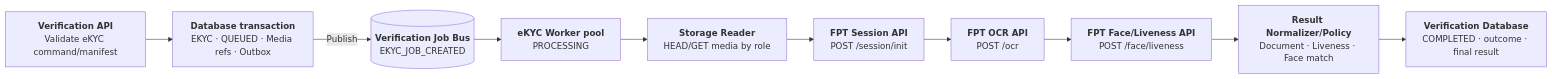
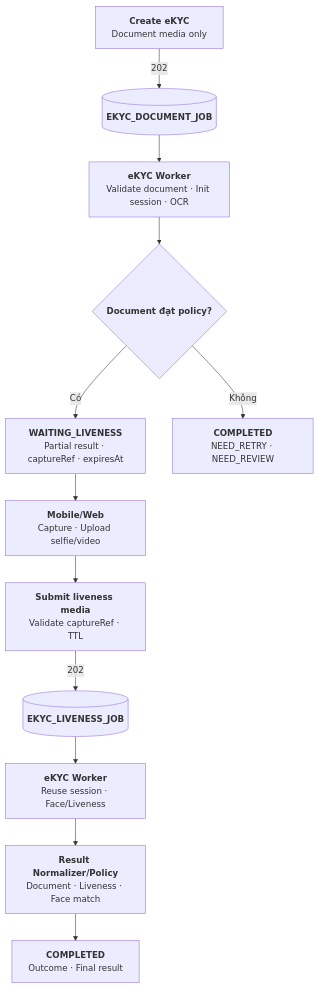
The sixth of 8 diagrams in noxh-ekyc.md (huynv-xyz/vhm), drawn with Mermaid before and after one commit. The commit also changed other lines of this file, not shown here.

````diff
--- a/noxh-ekyc.md
+++ b/noxh-ekyc.md
@@ -332,26 +336,30 @@
 ```mermaid
-flowchart LR
-    API["`**Verification API**
-Validate eKYC command/manifest`"]
-    ACCEPT["`**Database transaction**
-EKYC · QUEUED · Media refs · Outbox`"]
-    BUS[("`**Verification Job Bus**
-EKYC_JOB_CREATED`")]
-    WORKER["`**eKYC Worker pool**
-PROCESSING`"]
-    READ["`**Storage Reader**
-HEAD/GET media by role`"]
-    INIT["`**FPT Session API**
-POST /session/init`"]
-    OCR["`**FPT OCR API**
-POST /ocr`"]
-    LIVE["`**FPT Face/Liveness API**
-POST /face/liveness`"]
+flowchart TB
+    CREATE["`**Create eKYC**
+Document media only`"]
+    DOC_JOB[("`**EKYC_DOCUMENT_JOB**`")]
+    OCR_WORKER["`**eKYC Worker**
+Validate document · Init session · OCR`"]
+    DOC_CHECK{"`**Document đạt policy?**`"}
+    WAIT["`**WAITING_LIVENESS**
+Partial result · captureRef · expiresAt`"]
+    DOC_END["`**COMPLETED**
+NEED_RETRY · NEED_REVIEW`"]
+    CAPTURE["`**Mobile/Web**
+Capture · Upload selfie/video`"]
+    SUBMIT["`**Submit liveness media**
+Validate captureRef · TTL`"]
+    LIVE_JOB[("`**EKYC_LIVENESS_JOB**`")]
+    LIVE_WORKER["`**eKYC Worker**
+Reuse session · Face/Liveness`"]
     POLICY["`**Result Normalizer/Policy**
 Document · Liveness · Face match`"]
-    DONE["`**Verification Database**
-COMPLETED · outcome · final result`"]
+    DONE["`**COMPLETED**
+Outcome · Final result`"]
 
-    API --> ACCEPT -->|"Publish"| BUS --> WORKER
-    WORKER --> READ --> INIT --> OCR --> LIVE --> POLICY --> DONE
+    CREATE -->|"202"| DOC_JOB --> OCR_WORKER --> DOC_CHECK
+    DOC_CHECK -->|"Có"| WAIT
+    DOC_CHECK -->|"Không"| DOC_END
+    WAIT --> CAPTURE --> SUBMIT -->|"202"| LIVE_JOB
+    LIVE_JOB --> LIVE_WORKER --> POLICY --> DONE
 ```
````
